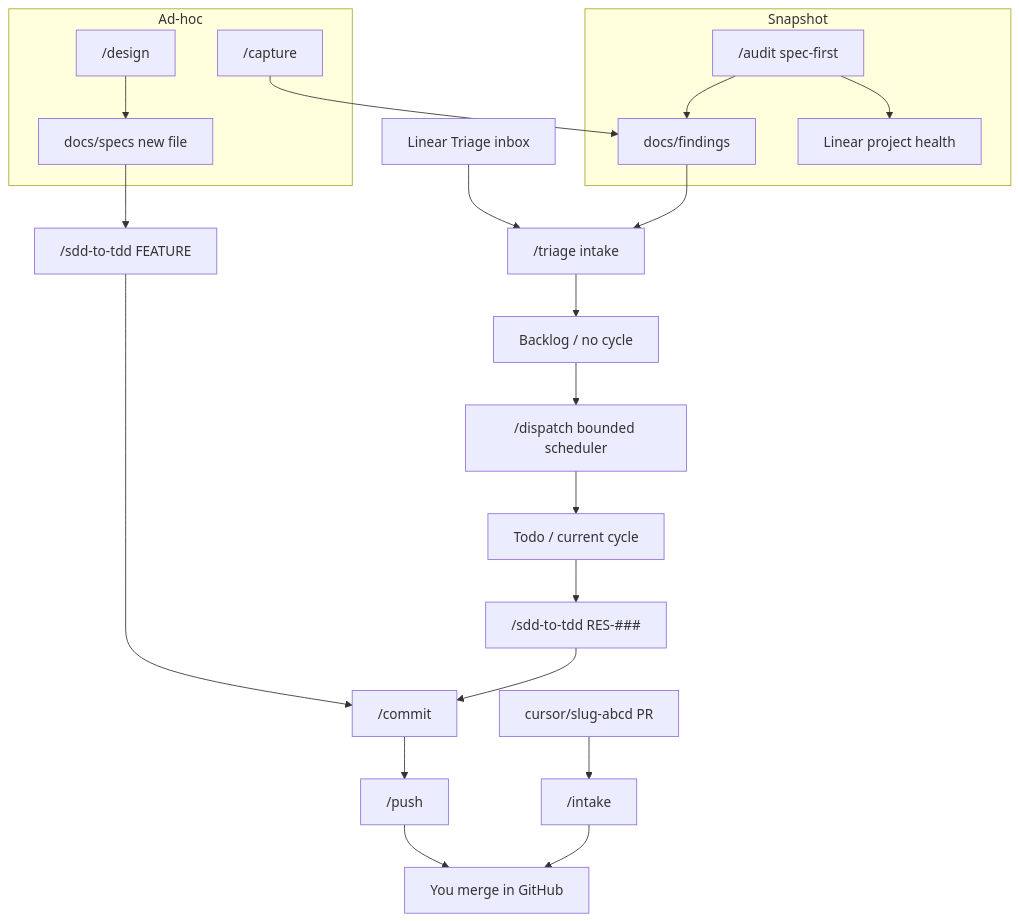
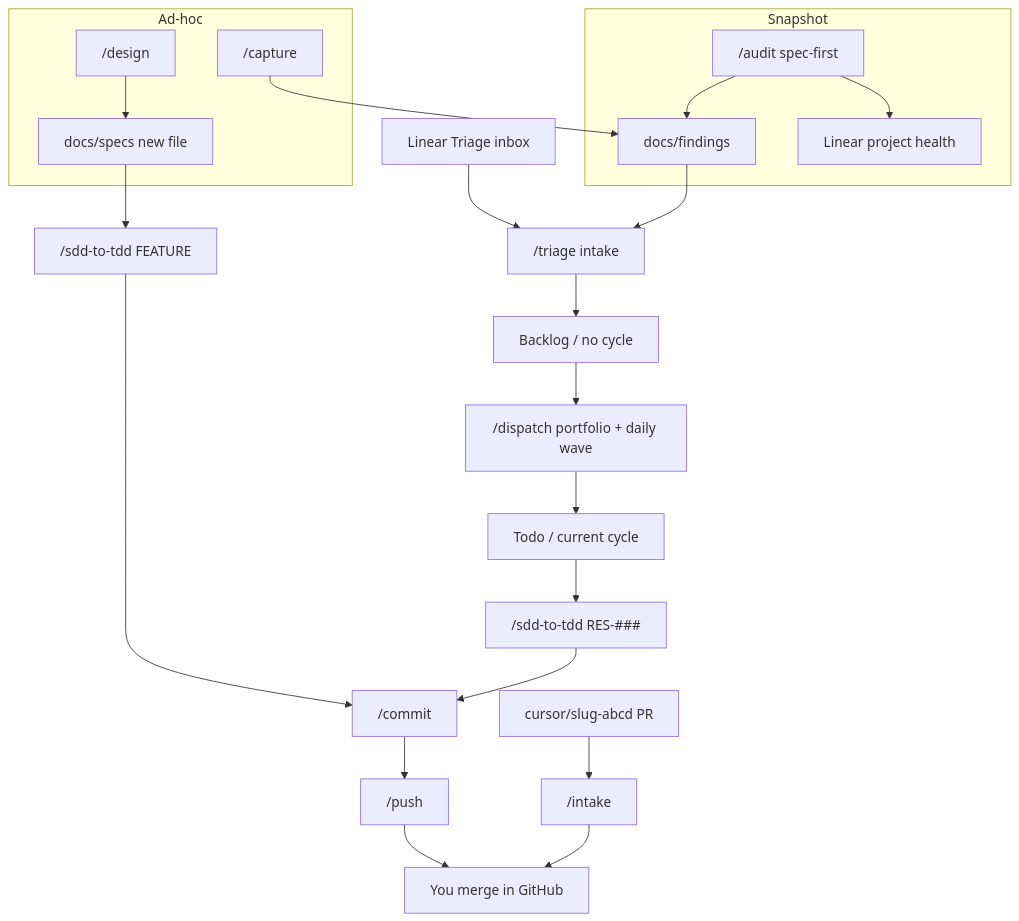
One commit to ralfcam/restaurant-system changed the diagram in .cursor/README.md. Above: the diagram before and after it, drawn with Mermaid. The commit also changed other lines of this file and 13 other files, not shown here.

First line of the commit message:
docs(linear): split dispatch into portfolio grooming and a 5-10 daily wave

````diff
--- a/.cursor/README.md
+++ b/.cursor/README.md
@@ -62,27 +63,27 @@
 ```mermaid
 flowchart TD
   subgraph snapshot [Snapshot]
     Audit["/audit spec-first"]
     Audit --> Ledger["docs/findings"]
     Audit --> ProjectHealth["Linear project health"]
   end
   subgraph adhoc [Ad-hoc]
     Capture["/capture"]
     Design["/design"]
     Capture --> Ledger
     Design --> Spec["docs/specs new file"]
   end
   LinearTriage["Linear Triage inbox"] --> Triage["/triage intake"]
   Ledger --> Triage
   Triage --> Backlog["Backlog / no cycle"]
-  Backlog --> Dispatch["/dispatch bounded scheduler"]
+  Backlog --> Dispatch["/dispatch portfolio + daily wave"]
   Dispatch --> Todo["Todo / current cycle"]
   Spec --> Sdd["/sdd-to-tdd FEATURE"]
   Todo --> Sdd2["/sdd-to-tdd RES-###"]
   Sdd --> Commit["/commit"]
   Sdd2 --> Commit
   Commit --> Push["/push"]
   Push --> Merge["You merge in GitHub"]
   CloudPR["cursor/slug-abcd PR"] --> Intake["/intake"]
   Intake --> Merge
 ```
````
